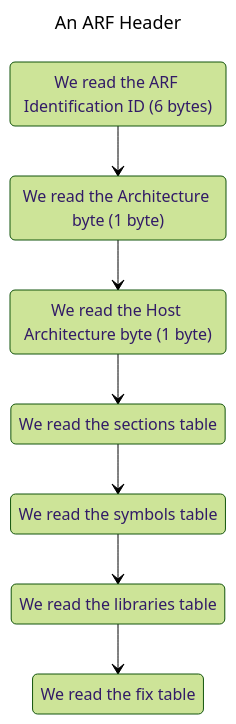
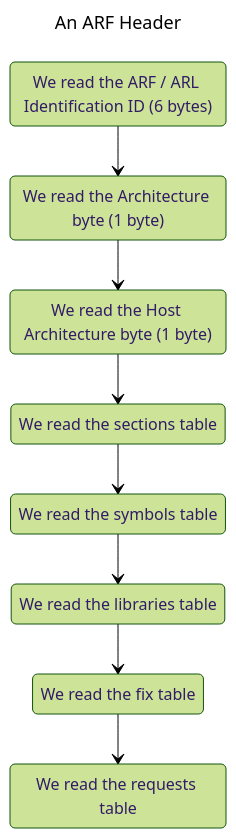
The diagram in docs/arf.md (maxvdec/avery), drawn with Mermaid (forest theme) before and after one commit. The commit also changed other lines of this file and 1 other file, not shown here.

Commit message:
finished ARF and kernel extensions draft

````diff
--- a/docs/arf.md
+++ b/docs/arf.md
@@ -11,20 +11,22 @@
 ```mermaid
 ---
 title: "An ARF Header"
 ---
 stateDiagram-v2
-    s1 : We read the ARF Identification ID (6 bytes)
+    s1 : We read the ARF / ARL Identification ID (6 bytes)
     s2 : We read the Architecture byte (1 byte)
     s3 : We read the Host Architecture byte (1 byte)
     s4 : We read the sections table
     s5 : We read the symbols table
     s6 : We read the libraries table
     s7 : We read the fix table
+    s8 : We read the requests table
 
     s1 --> s2
     s2 --> s3
     s3 --> s4
     s4 --> s5
     s5 --> s6
     s6 --> s7
+    s7 --> s8
 ```
````
